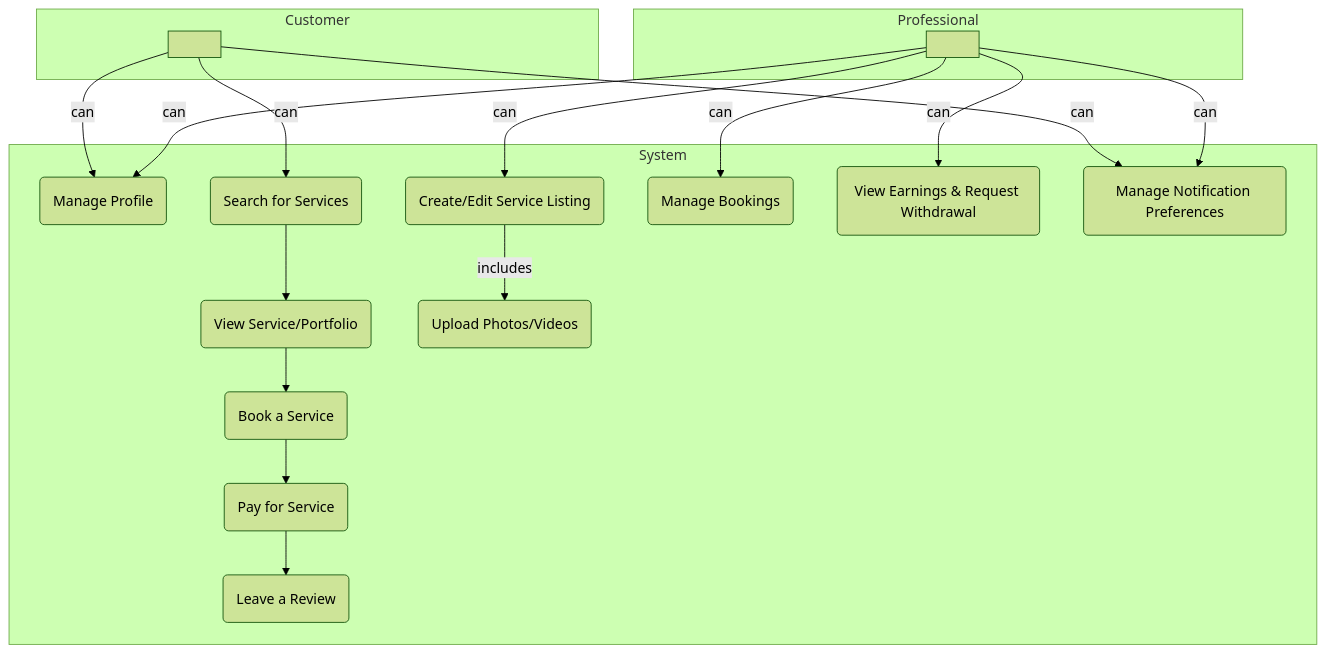
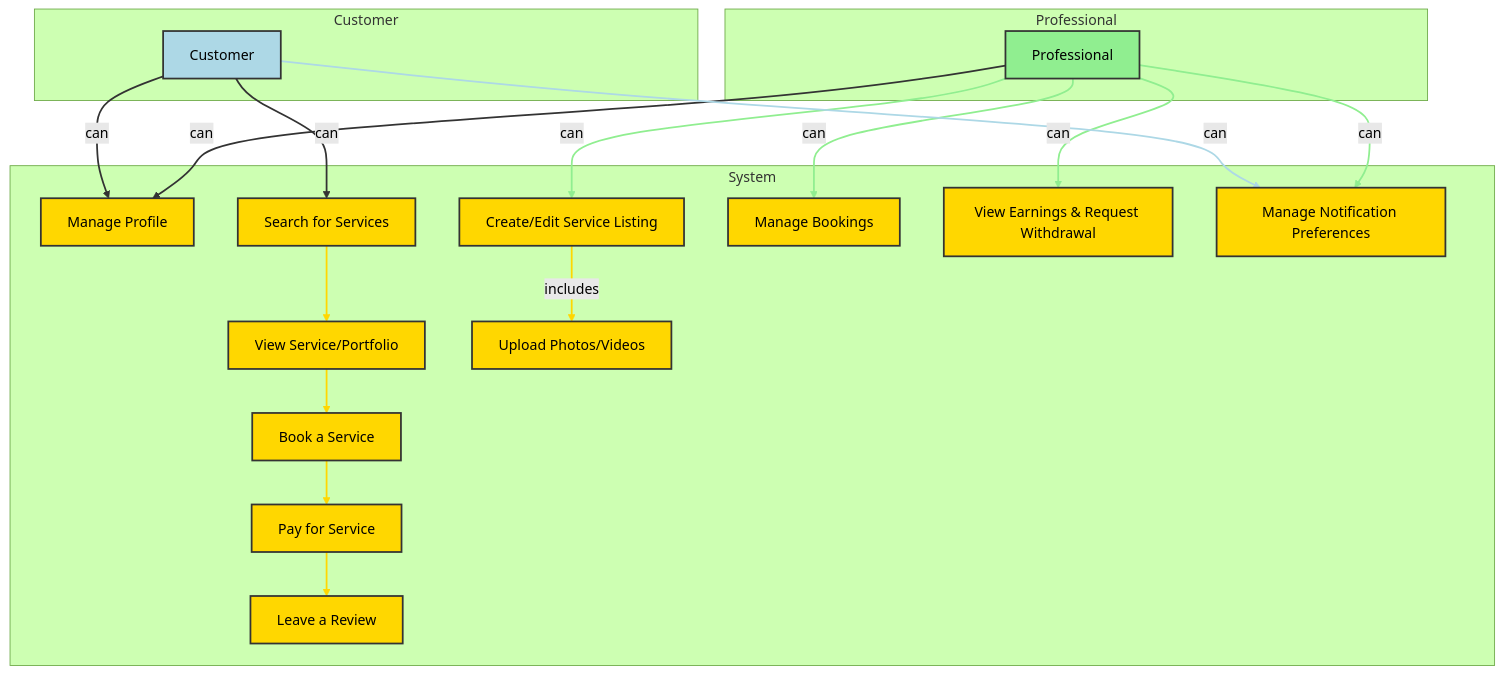
The sixth of 8 diagrams in docs/documentation.md (gitnlsn/nlsn-services-marketplace), drawn with Mermaid (forest theme) before and after one commit. The commit also changed other lines of this file and 18 other files, not shown here.

````diff
--- a/docs/documentation.md
+++ b/docs/documentation.md
@@ -217,38 +244,65 @@
 ```mermaid
         graph TD
             subgraph "Customer"
-                C[ ]
+                C[Customer]
             end
 
             subgraph "Professional"
-                P[ ]
+                P[Professional]
             end
 
             subgraph "System"
-                UC1(Manage Profile)
-                UC2(Search for Services)
-                UC3(View Service/Portfolio)
-                UC4(Book a Service)
-                UC5(Pay for Service)
-                UC7(Leave a Review)
-                UC8(Create/Edit Service Listing)
-                UC9(Upload Photos/Videos)
-                UC10(Manage Bookings)
-                UC11(View Earnings & Request Withdrawal)
-                UC12(Manage Notification Preferences)
+                UC1[Manage Profile]
+                UC2[Search for Services]
+                UC3[View Service/Portfolio]
+                UC4[Book a Service]
+                UC5[Pay for Service]
+                UC7[Leave a Review]
+                UC8[Create/Edit Service Listing]
+                UC9[Upload Photos/Videos]
+                UC10[Manage Bookings]
+                UC11[View Earnings & Request Withdrawal]
+                UC12[Manage Notification Preferences]
             end
 
             C -- can --> UC1
             P -- can --> UC1
             C -- can --> UC2
             UC2 --> UC3
             UC3 --> UC4
             UC4 --> UC5
             UC5 --> UC7
             P -- can --> UC8
             UC8 -- includes --> UC9
             P -- can --> UC10
             P -- can --> UC11
             C -- can --> UC12
             P -- can --> UC12
+
+            style C fill:#ADD8E6,stroke:#333,stroke-width:2px
+            style P fill:#90EE90,stroke:#333,stroke-width:2px
+            style UC1 fill:#FFD700,stroke:#333,stroke-width:2px
+            style UC2 fill:#FFD700,stroke:#333,stroke-width:2px
+            style UC3 fill:#FFD700,stroke:#333,stroke-width:2px
+            style UC4 fill:#FFD700,stroke:#333,stroke-width:2px
+            style UC5 fill:#FFD700,stroke:#333,stroke-width:2px
+            style UC7 fill:#FFD700,stroke:#333,stroke-width:2px
+            style UC8 fill:#FFD700,stroke:#333,stroke-width:2px
+            style UC9 fill:#FFD700,stroke:#333,stroke-width:2px
+            style UC10 fill:#FFD700,stroke:#333,stroke-width:2px
+            style UC11 fill:#FFD700,stroke:#333,stroke-width:2px
+            style UC12 fill:#FFD700,stroke:#333,stroke-width:2px
+            linkStyle 0 stroke:#333,stroke-width:2px;
+            linkStyle 1 stroke:#333,stroke-width:2px;
+            linkStyle 2 stroke:#333,stroke-width:2px;
+            linkStyle 3 stroke:#FFD700,stroke-width:2px;
+            linkStyle 4 stroke:#FFD700,stroke-width:2px;
+            linkStyle 5 stroke:#FFD700,stroke-width:2px;
+            linkStyle 6 stroke:#FFD700,stroke-width:2px;
+            linkStyle 7 stroke:#90EE90,stroke-width:2px;
+            linkStyle 8 stroke:#FFD700,stroke-width:2px;
+            linkStyle 9 stroke:#90EE90,stroke-width:2px;
+            linkStyle 10 stroke:#90EE90,stroke-width:2px;
+            linkStyle 11 stroke:#ADD8E6,stroke-width:2px;
+            linkStyle 12 stroke:#90EE90,stroke-width:2px;
 ```
````
